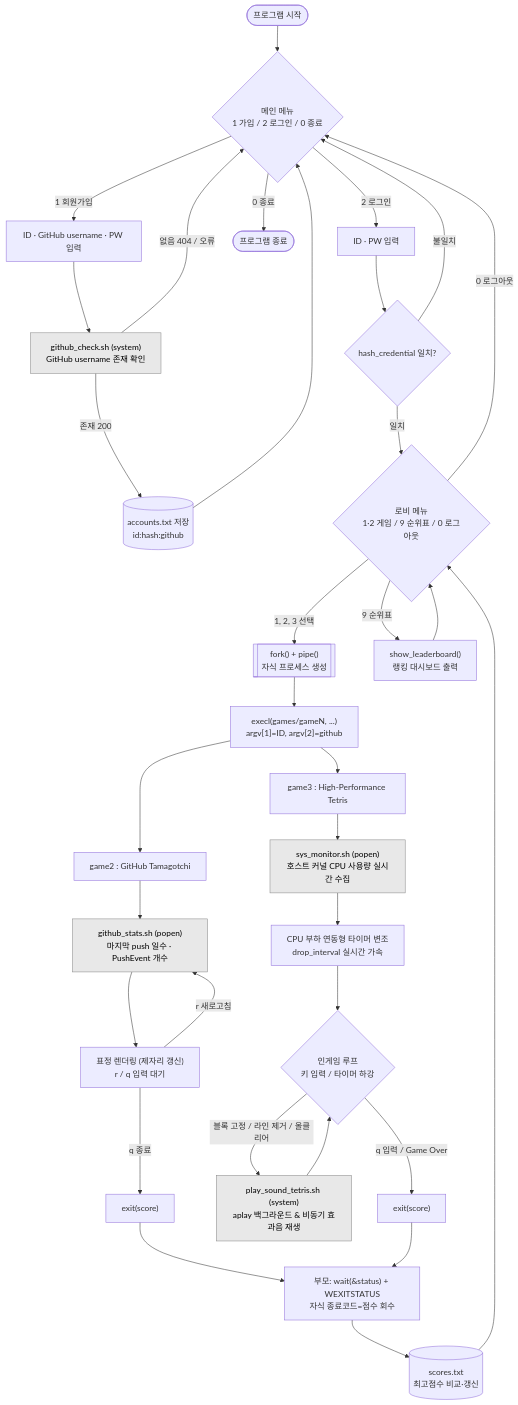
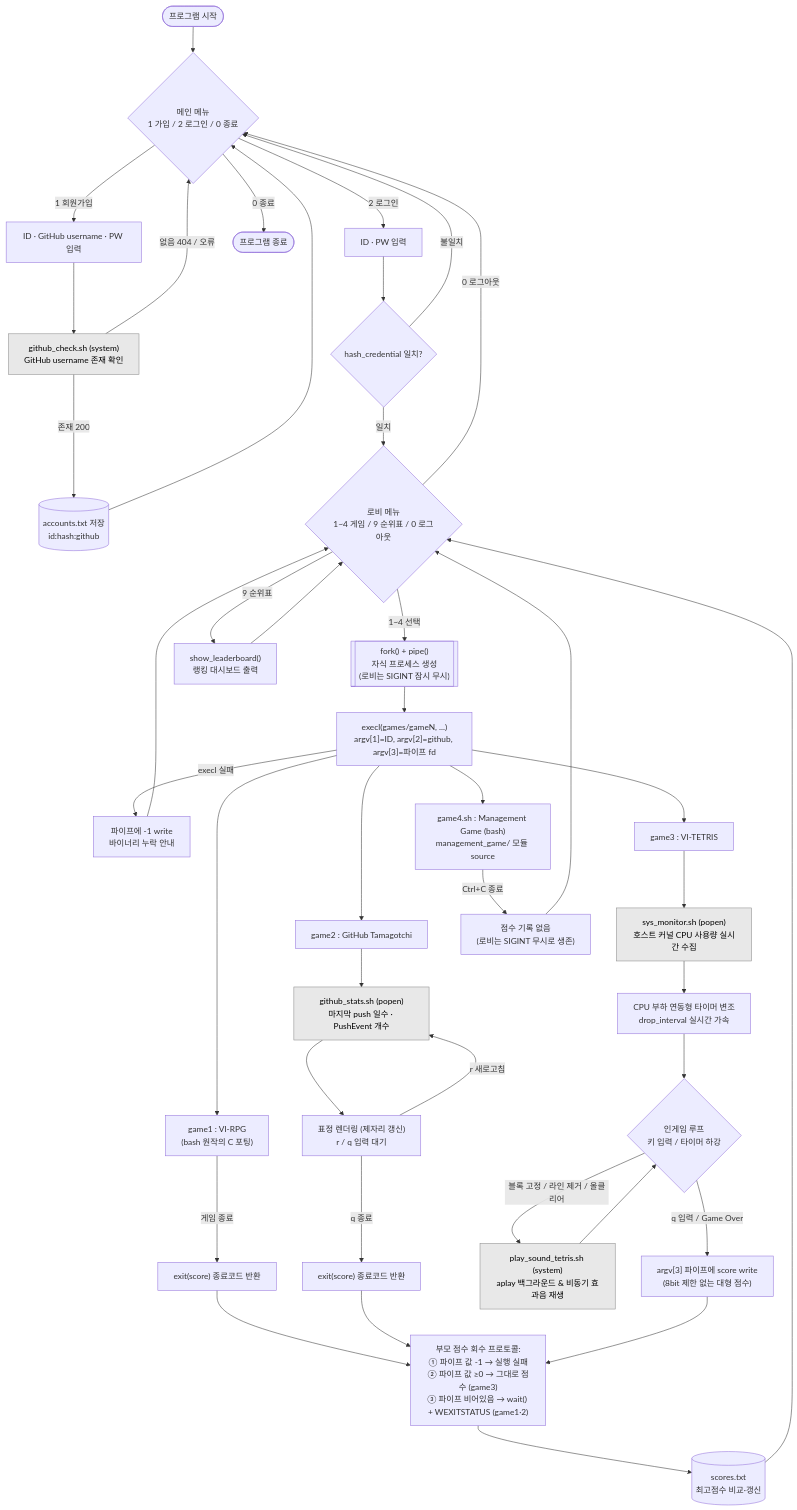
One commit to yechan03/InhaSystemProgramingPBL changed the diagram in README.md. Above: the diagram before and after it, drawn with Mermaid. The commit also changed other lines of this file and 5 other files, not shown here.

````diff
--- a/README.md
+++ b/README.md
@@ -67,56 +72,68 @@
 ```mermaid
 flowchart TD
     Start([프로그램 시작]) --> Menu{"메인 메뉴<br/>1 가입 / 2 로그인 / 0 종료"}
 
     %% ---- 회원가입 ----
     Menu -->|1 회원가입| Reg["ID · GitHub username · PW 입력"]
     Reg --> GHChk["github_check.sh (system)<br/>GitHub username 존재 확인"]
     GHChk -->|존재 200| SaveAcc[("accounts.txt 저장<br/>id:hash:github")]
     GHChk -->|없음 404 / 오류| Menu
     SaveAcc --> Menu
 
     %% ---- 로그인 ----
     Menu -->|2 로그인| Login["ID · PW 입력"]
     Login --> Verify{"hash_credential 일치?"}
     Verify -->|불일치| Menu
-    Verify -->|일치| Lobby{"로비 메뉴<br/>1·2 게임 / 9 순위표 / 0 로그아웃"}
+    Verify -->|일치| Lobby{"로비 메뉴<br/>1~4 게임 / 9 순위표 / 0 로그아웃"}
 
     Menu -->|0 종료| End([프로그램 종료])
 
     %% ---- 게임 실행 공통 ----
-    Lobby -->|1, 2, 3 선택| Fork[["fork() + pipe()<br/>자식 프로세스 생성"]]
-    Fork --> Exec["execl(games/gameN, ...)<br/>argv[1]=ID, argv[2]=github"]
+    Lobby -->|1~4 선택| Fork[["fork() + pipe()<br/>자식 프로세스 생성<br/>(로비는 SIGINT 잠시 무시)"]]
+    Fork --> Exec["execl(games/gameN, ...)<br/>argv[1]=ID, argv[2]=github, argv[3]=파이프 fd"]
+    Exec -->|execl 실패| ExecFail["파이프에 -1 write<br/>바이너리 누락 안내"]
+    ExecFail --> Lobby
+
+    %% ---- Game 1 분기 (VI-RPG) ----
+    Exec --> G1["game1 : VI-RPG<br/>(bash 원작의 C 포팅)"]
+    G1 -->|게임 종료| ExitScore1["exit(score) 종료코드 반환"]
 
     %% ---- Game 2 분기 ----
     Exec --> G2["game2 : GitHub Tamagotchi"]
     G2 --> Stats["github_stats.sh (popen)<br/>마지막 push 일수 · PushEvent 개수"]
     Stats --> Face["표정 렌더링 (제자리 갱신)<br/>r / q 입력 대기"]
     Face -->|r 새로고침| Stats
-    Face -->|q 종료| ExitScore["exit(score)"]
+    Face -->|q 종료| ExitScore["exit(score) 종료코드 반환"]
 
     %% ---- Game 3 분기 (테트리스 시스템 연동) ----
-    Exec --> G3["game3 : High-Performance Tetris"]
+    Exec --> G3["game3 : VI-TETRIS"]
     G3 --> SysMon["sys_monitor.sh (popen)<br/>호스트 커널 CPU 사용량 실시간 수집"]
     SysMon --> SpeedMod["CPU 부하 연동형 타이머 변조<br/>drop_interval 실시간 가속"]
     SpeedMod --> GameLoop{"인게임 루프<br/>키 입력 / 타이머 하강"}
-    
+
     GameLoop -->|블록 고정 / 라인 제거 / 올클리어| SndScript["play_sound_tetris.sh (system)<br/>aplay 백그라운드 & 비동기 효과음 재생"]
     SndScript --> GameLoop
-    
-    GameLoop -->|q 입력 / Game Over| ExitScore3["exit(score)"]
+
+    GameLoop -->|q 입력 / Game Over| PipeScore["argv[3] 파이프에 score write<br/>(8bit 제한 없는 대형 점수)"]
+
+    %% ---- Game 4 분기 (자원 경영 시뮬레이션) ----
+    Exec --> G4["game4.sh : Management Game (bash)<br/>management_game/ 모듈 source"]
+    G4 -->|Ctrl+C 종료| G4End["점수 기록 없음<br/>(로비는 SIGINT 무시로 생존)"]
+    G4End --> Lobby
 
     %% ---- 자식 종료 및 결산 공통 ----
-    ExitScore --> Wait["부모: wait(&status) + WEXITSTATUS<br/>자식 종료코드=점수 회수"]
-    ExitScore3 --> Wait
+    ExitScore1 --> Wait["부모 점수 회수 프로토콜:<br/>① 파이프 값 -1 → 실행 실패<br/>② 파이프 값 ≥0 → 그대로 점수 (game3)<br/>③ 파이프 비어있음 → wait() + WEXITSTATUS (game1·2)"]
+    ExitScore --> Wait
+    PipeScore --> Wait
     Wait --> SaveScore[("scores.txt<br/>최고점수 비교·갱신")]
     SaveScore --> Lobby
 
     %% ---- 순위표 / 로그아웃 ----
     Lobby -->|9 순위표| Board["show_leaderboard()<br/>랭킹 대시보드 출력"]
     Board --> Lobby
     Lobby -->|0 로그아웃| Menu
 
     %% ---- 외부 스크립트 노드 강조 ----
     classDef sh fill:#e8e8e8,stroke:#888,color:#000;
     class GHChk,Stats,SysMon,SndScript sh;
 ```
````
